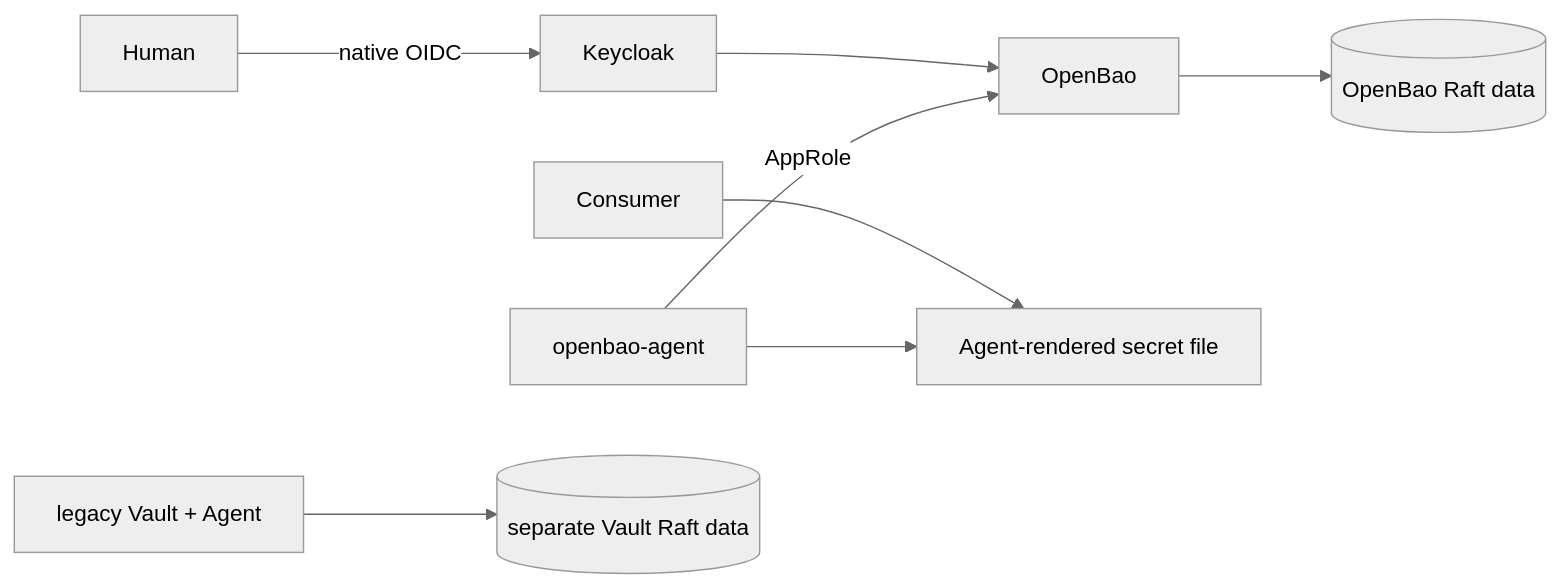
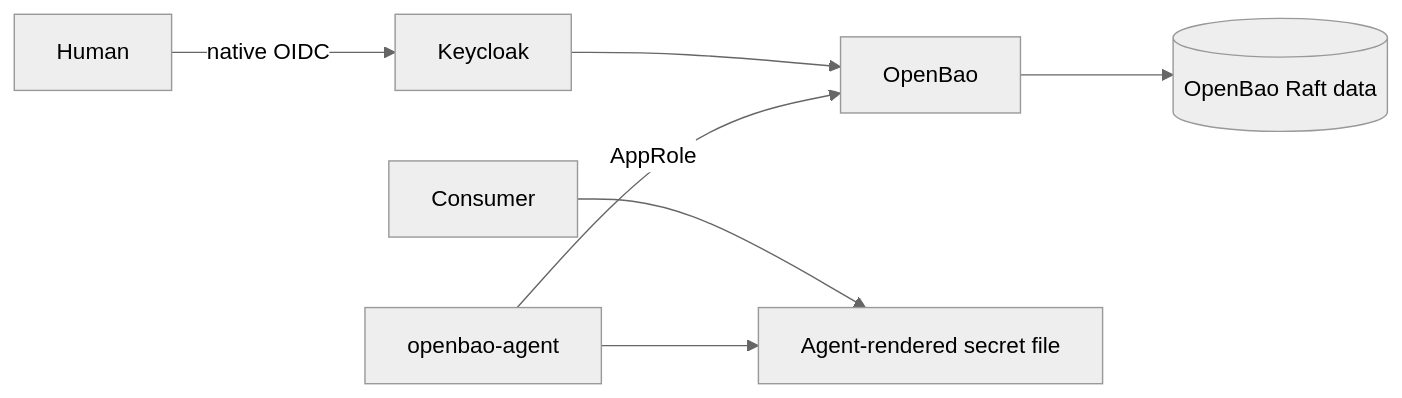
The diagram in docs/02.architecture/descriptions/0003-security-architecture.md (buenhyden/hy-home.docker), drawn with Mermaid (neutral theme) before and after one commit. The commit also changed other lines of this file and 50 other files, not shown here.

````diff
--- a/docs/02.architecture/descriptions/0003-security-architecture.md
+++ b/docs/02.architecture/descriptions/0003-security-architecture.md
@@ -42,10 +40,9 @@
 ```mermaid
 flowchart LR
   Human -->|native OIDC| Keycloak
   Keycloak --> OpenBao
   Consumer --> Rendered[Agent-rendered secret file]
   Agent[openbao-agent] -->|AppRole| OpenBao
   OpenBao --> Raft[(OpenBao Raft data)]
   Agent --> Rendered
-  Legacy[legacy Vault + Agent] --> LegacyRaft[(separate Vault Raft data)]
 ```
````
